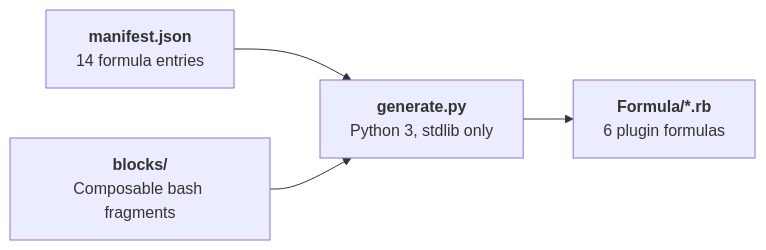
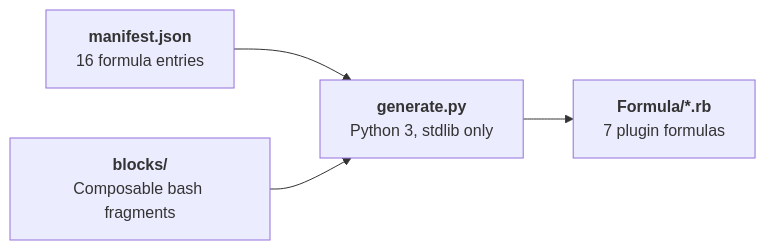
The diagram in docs/generator/index.md (Data-Wise/homebrew-tap), drawn with Mermaid before and after one commit. The commit also changed other lines of this file and 4 other files, not shown here.

````diff
--- a/docs/generator/index.md
+++ b/docs/generator/index.md
@@ -7,10 +7,10 @@
 ```mermaid
 flowchart LR
     M["`**manifest.json**
-    14 formula entries`"] --> G["`**generate.py**
+    16 formula entries`"] --> G["`**generate.py**
     Python 3, stdlib only`"]
     B["`**blocks/**
     Composable bash fragments`"] --> G
     G --> F["`**Formula/*.rb**
-    6 plugin formulas`"]
+    7 plugin formulas`"]
 ```
````
